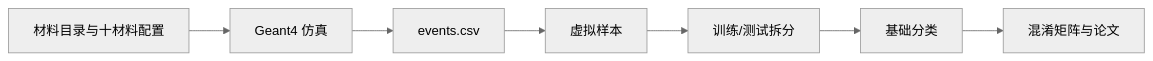
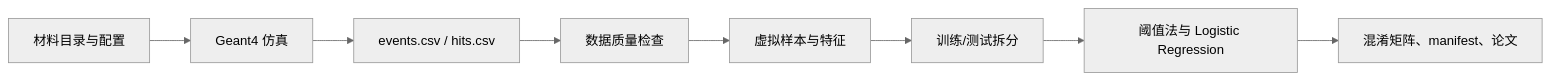
The diagram in docs/FINAL_ELEMENTARY_REVIEW_zh.md (dydpop/xrt-sorter-geant4-undergrad-guide), drawn with Mermaid (neutral theme) before and after one commit. The commit also changed other lines of this file and 8 other files, not shown here.

````diff
--- a/docs/FINAL_ELEMENTARY_REVIEW_zh.md
+++ b/docs/FINAL_ELEMENTARY_REVIEW_zh.md
@@ -11,9 +11,10 @@
 ```mermaid
 flowchart LR
-    A["材料目录与十材料配置"] --> B["Geant4 仿真"]
-    B --> C["events.csv"]
-    C --> D["虚拟样本"]
-    D --> E["训练/测试拆分"]
-    E --> F["基础分类"]
-    F --> G["混淆矩阵与论文"]
+    A["材料目录与配置"] --> B["Geant4 仿真"]
+    B --> C["events.csv / hits.csv"]
+    C --> D["数据质量检查"]
+    D --> E["虚拟样本与特征"]
+    E --> F["训练/测试拆分"]
+    F --> G["阈值法与 Logistic Regression"]
+    G --> H["混淆矩阵、manifest、论文"]
 ```
````
